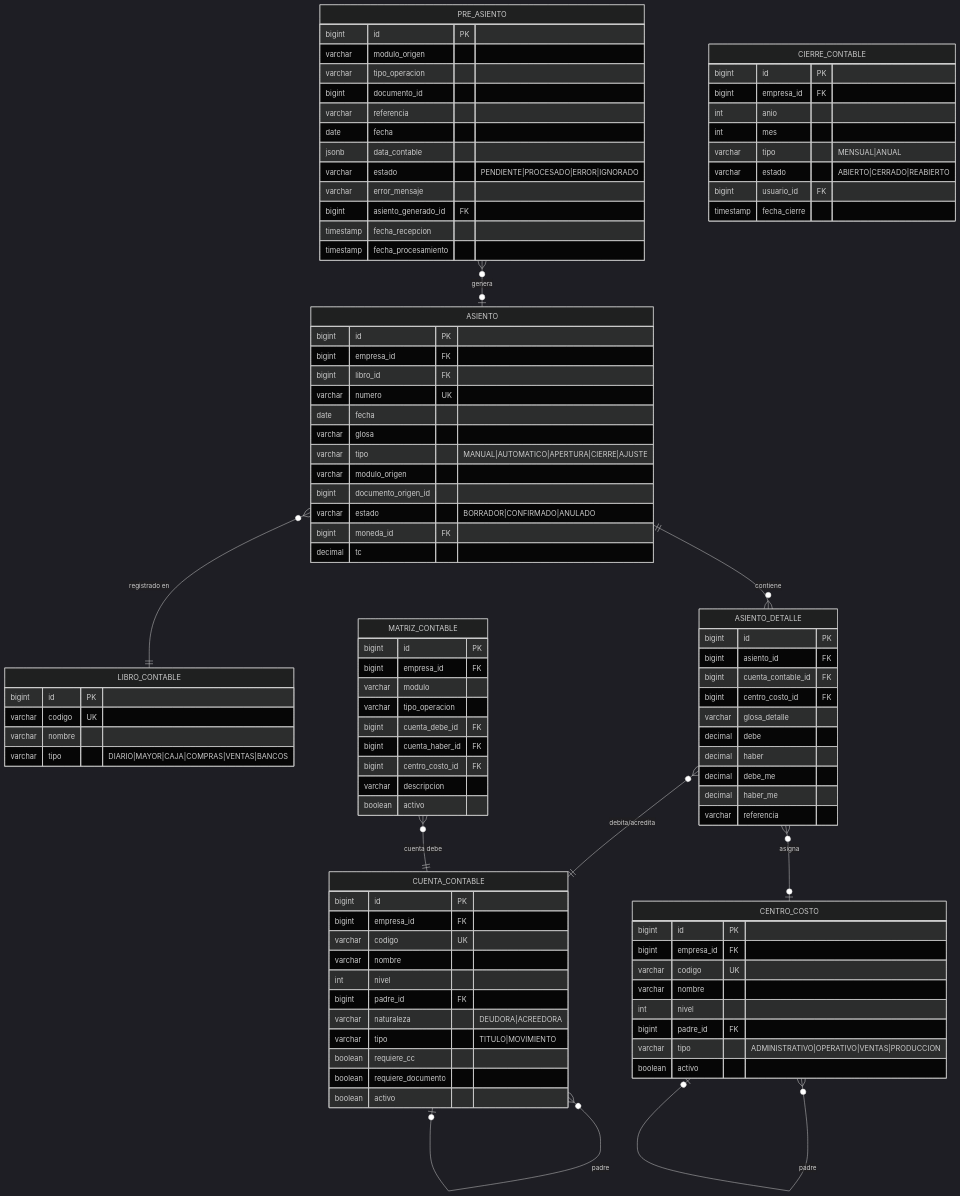
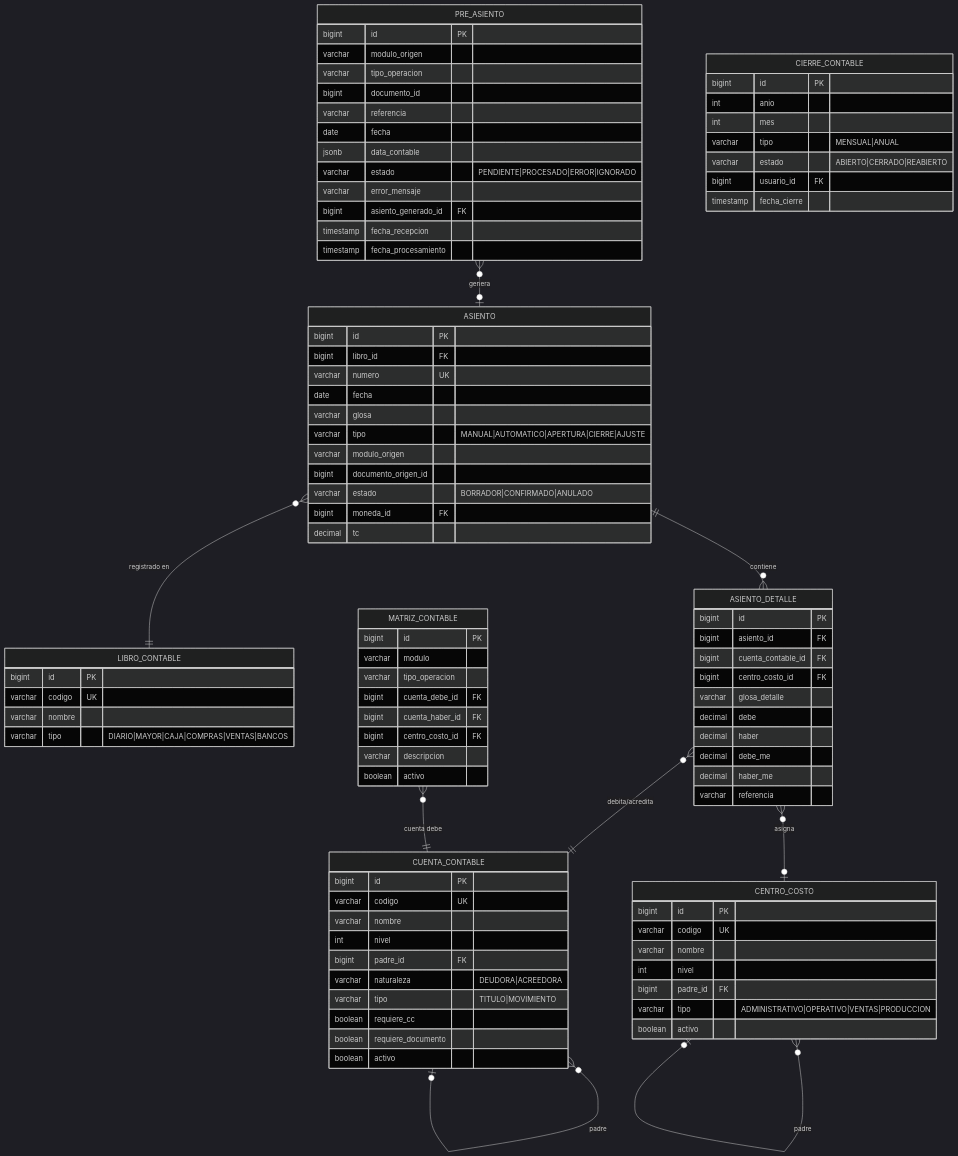
Diagram 25 of 52 in restaurante.pe/ARQUITECTURA_RESTAURANT_PE.md (jramirezch1978/sigre_web), drawn with Mermaid (dark theme) before and after one commit. The commit also changed other lines of this file and 1 other file, not shown here.

Commit message:
fix: Eliminar empresa_id de tablas de negocio en ER diagrams y maestros - consistencia Database-per-Tenant entre roadmap y arquitectura

```diff
--- a/restaurante.pe/ARQUITECTURA_RESTAURANT_PE.md
+++ b/restaurante.pe/ARQUITECTURA_RESTAURANT_PE.md
@@ -4837,7 +4855,7 @@
 erDiagram
     CUENTA_CONTABLE {
         bigint id PK
-        bigint empresa_id FK
+
         varchar codigo UK
         varchar nombre
         int nivel
@@ -4850,7 +4868,7 @@
     }
     CENTRO_COSTO {
         bigint id PK
-        bigint empresa_id FK
+
         varchar codigo UK
         varchar nombre
         int nivel
@@ -4866,7 +4884,7 @@
     }
     ASIENTO {
         bigint id PK
-        bigint empresa_id FK
+
         bigint libro_id FK
         varchar numero UK
         date fecha
@@ -4906,7 +4924,7 @@
     }
     MATRIZ_CONTABLE {
         bigint id PK
-        bigint empresa_id FK
+
         varchar modulo
         varchar tipo_operacion
         bigint cuenta_debe_id FK
@@ -4917,7 +4935,7 @@
     }
     CIERRE_CONTABLE {
         bigint id PK
-        bigint empresa_id FK
+
         int anio
         int mes
         varchar tipo "MENSUAL|ANUAL"
```
